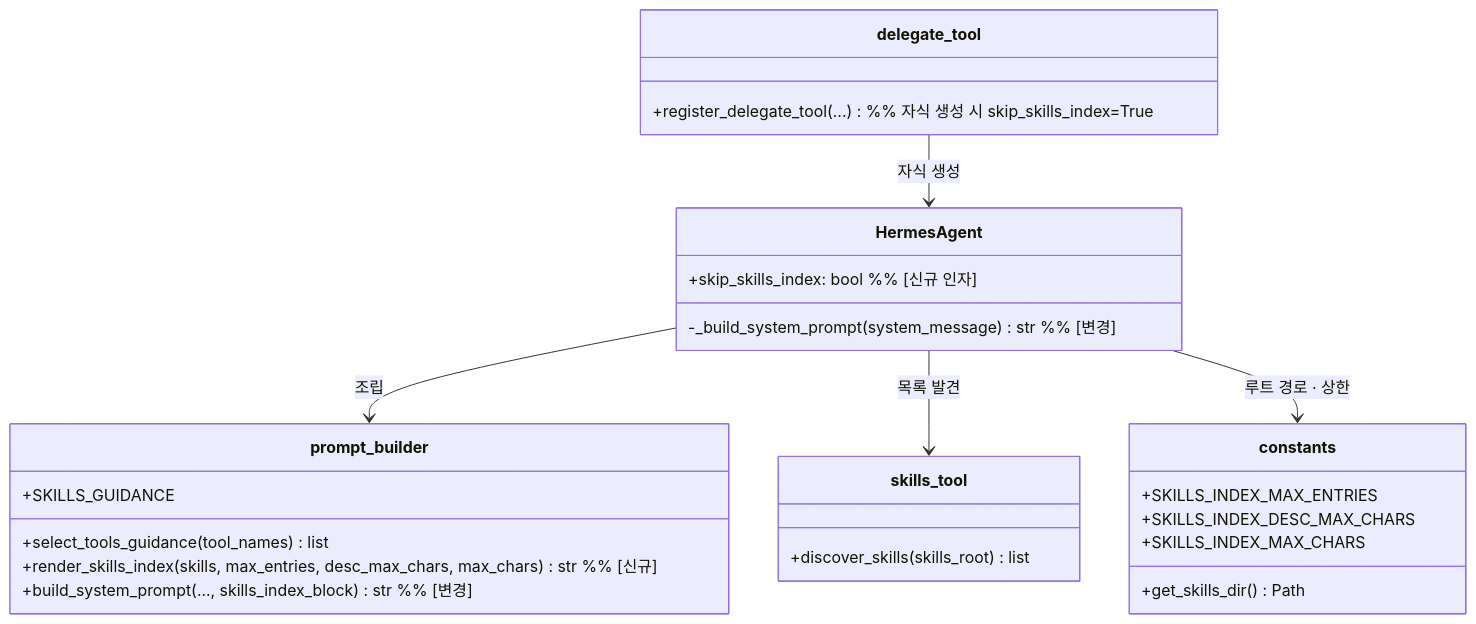
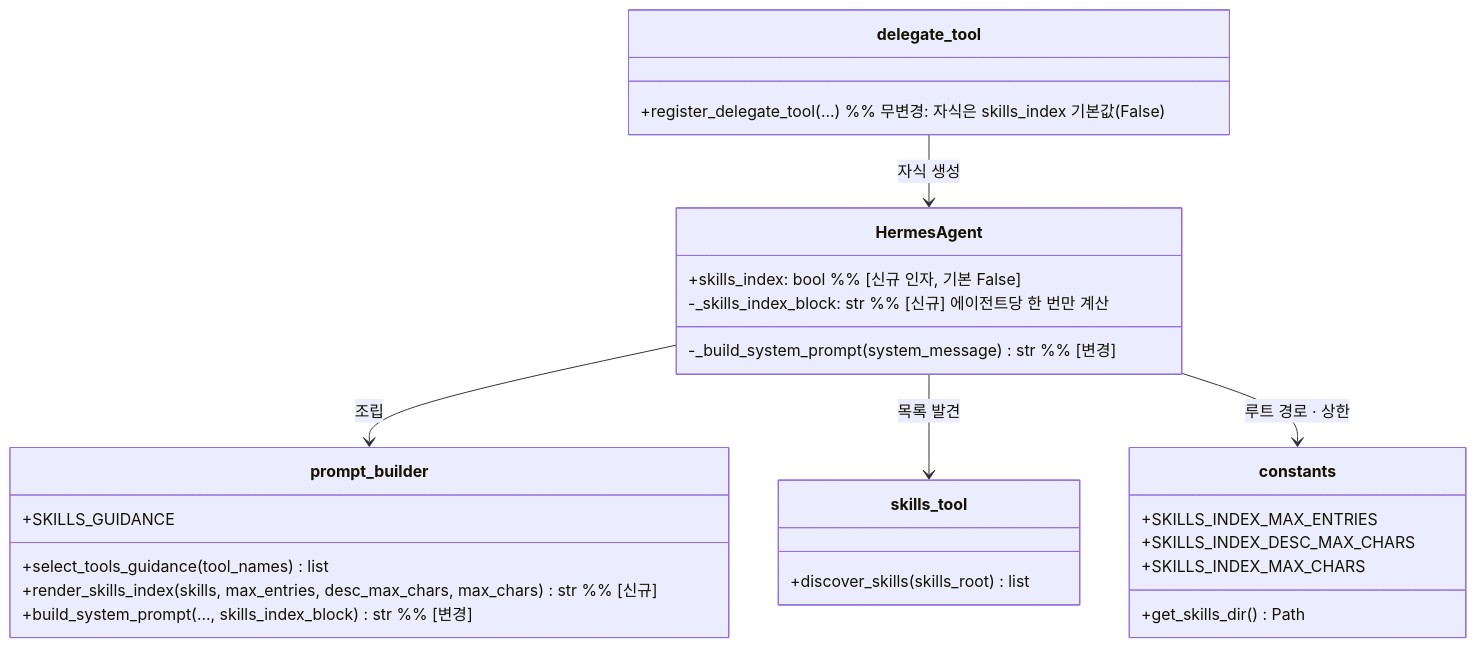
The second of 4 diagrams in docs/로드맵/08-스킬-인덱스-주입-MVP/ROADMAP.md (RadiantCitron/hermes-agent-study), drawn with Mermaid before and after one commit. The commit also changed other lines of this file and 2 other files, not shown here.

First line of the commit message:
docs(roadmap): R08-PLAN - 구현지시서 020 에이전트 연동과 세션 고정

````diff
--- a/docs/로드맵/08-스킬-인덱스-주입-MVP/ROADMAP.md
+++ b/docs/로드맵/08-스킬-인덱스-주입-MVP/ROADMAP.md
@@ -61,29 +61,30 @@
 ```mermaid
 classDiagram
   class HermesAgent {
-    +skip_skills_index: bool  %% [신규 인자]
+    +skills_index: bool  %% [신규 인자, 기본 False]
+    -_skills_index_block: str  %% [신규] 에이전트당 한 번만 계산
     -_build_system_prompt(system_message) str  %% [변경]
   }
   class prompt_builder {
     +SKILLS_GUIDANCE
     +select_tools_guidance(tool_names) list
     +render_skills_index(skills, max_entries, desc_max_chars, max_chars) str  %% [신규]
     +build_system_prompt(..., skills_index_block) str  %% [변경]
   }
   class skills_tool {
     +discover_skills(skills_root) list
   }
   class constants {
     +get_skills_dir() Path
     +SKILLS_INDEX_MAX_ENTRIES
     +SKILLS_INDEX_DESC_MAX_CHARS
     +SKILLS_INDEX_MAX_CHARS
   }
   class delegate_tool {
-    +register_delegate_tool(...)  %% 자식 생성 시 skip_skills_index=True
+    +register_delegate_tool(...)  %% 무변경: 자식은 skills_index 기본값(False)
   }
   HermesAgent --> prompt_builder : 조립
   HermesAgent --> skills_tool : 목록 발견
   HermesAgent --> constants : 루트 경로 · 상한
   delegate_tool --> HermesAgent : 자식 생성
 ```
````
